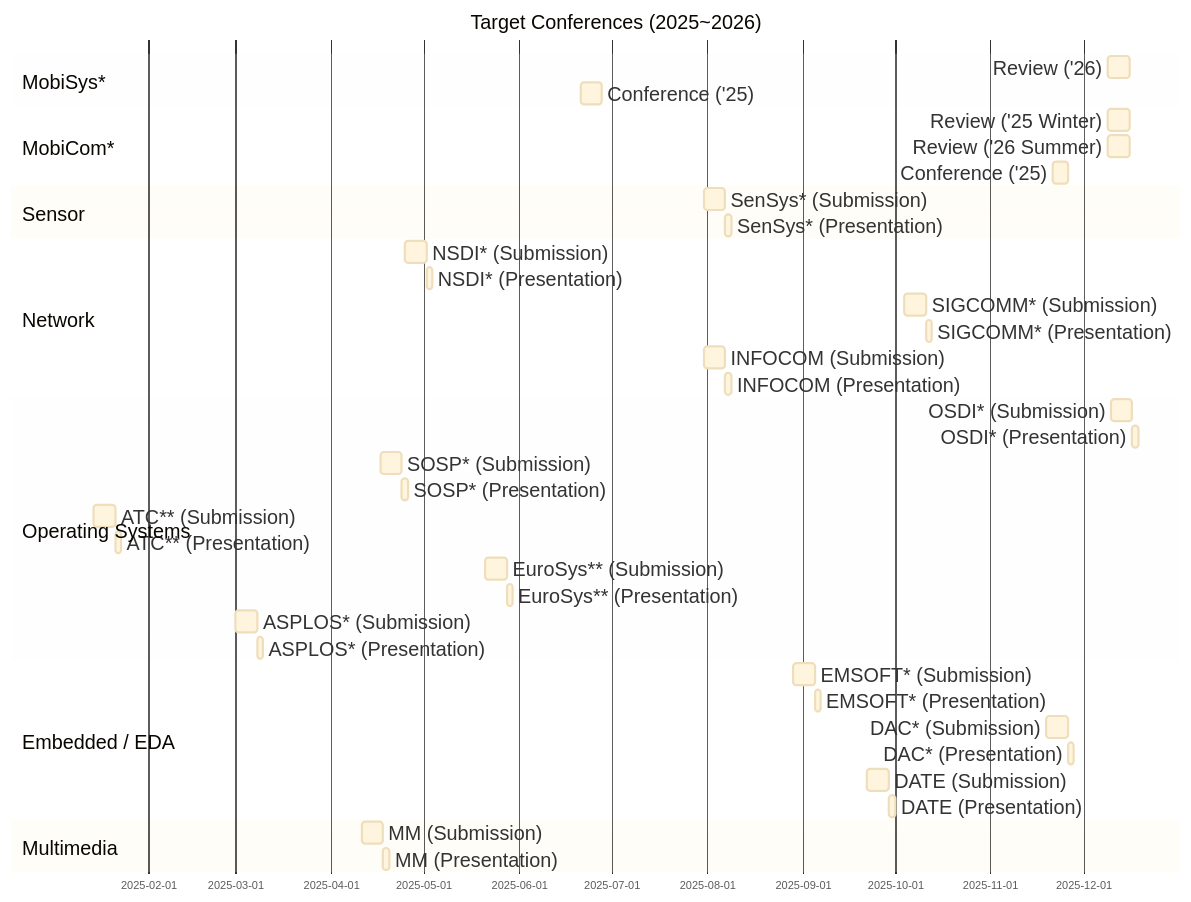
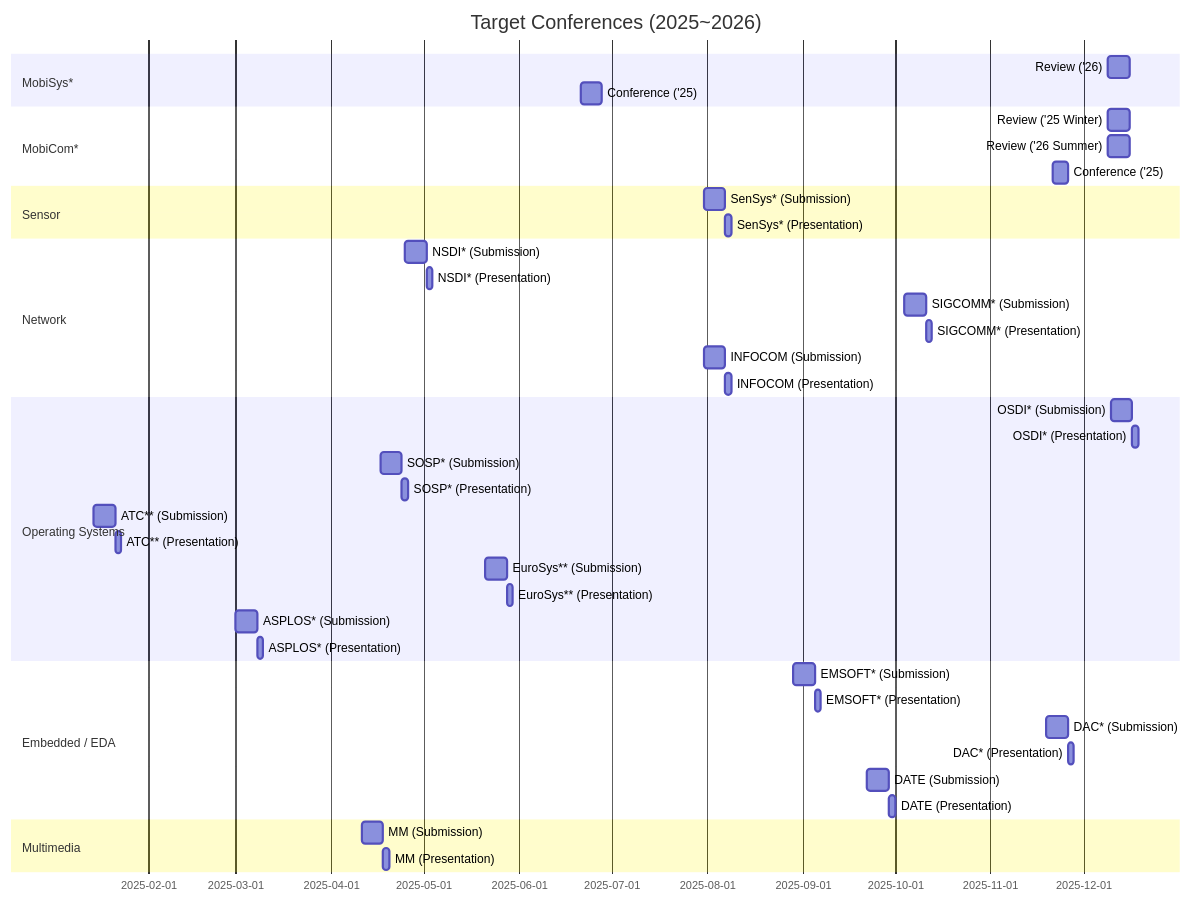
Before and after one commit to iamseonghoon/Mobile-Systems-Conference-Timelines: the diagram in README.md, drawn with Mermaid.

````diff
--- a/README.md
+++ b/README.md
@@ -5,80 +5,81 @@
 ```mermaid
 %%{init: {'theme': 'base',
 'themeVariables': {
       'fontSize': '18px',
-      'fontFamily': 'sans-serif',
+      'primaryTextColor': '#fff',
+      'primaryBorderColor': '#7C0000',
       'lineColor': '#F8B229',
-      'gridColor': '#eeeeee'},
+      'secondaryColor': '#006100',},
 "gantt": {
       "fontSize": 18,
       "sectionFontSize": 18,
       "axisFontSize": 20 
   }}}%%
 gantt
     dateFormat  YYYY-MM-DD
     title Target Conferences (2025~2026)
 
     %% --------------------------
     %% Mobile
     %% --------------------------
     section MobiSys*
     Review ('26)        :mobisys-review,    2025-12-09, 7d
     Conference ('25)      :mobisys-conf,    2025-06-21, 7d
     
 
     section MobiCom*
     Review ('25 Winter)       :mobicom-review1,    2025-12-09, 7d
     Review ('26 Summer)       :mobicom-review2,    2025-12-09, 7d
     Conference ('25)          :mobicom-conf,    2025-11-21, 5d
 
     %% --------------------------
     %% Sensor
     %% --------------------------
     section Sensor
     SenSys* (Submission)        :sens-sub,  2025-07-31, 7d
     SenSys* (Presentation)      :sens-pres, after sens-sub, 2d
 
     %% --------------------------
     %% Network
     %% --------------------------
     section Network
     NSDI* (Submission)          :nsdi-sub,  2025-04-25, 7d
     NSDI* (Presentation)        :nsdi-pres, after nsdi-sub, 2d
     SIGCOMM* (Submission)       :sig-sub,   2025-10-04, 7d
     SIGCOMM* (Presentation)     :sig-pres,  after sig-sub, 2d
     INFOCOM (Submission)        :info-sub,  2025-07-31, 7d
     INFOCOM (Presentation)      :info-pres, after info-sub, 2d
 
     %% --------------------------
     %% Operating Systems
     %% --------------------------
     section Operating Systems
     OSDI* (Submission)          :osdi-sub,  2025-12-10, 7d
     OSDI* (Presentation)        :osdi-pres, after osdi-sub, 2d
     SOSP* (Submission)          :sosp-sub,  2025-04-17, 7d
     SOSP* (Presentation)        :sosp-pres, after sosp-sub, 2d
     ATC** (Submission)          :atc-sub,   2025-01-14, 7d
     ATC** (Presentation)        :atc-pres,  after atc-sub, 2d
     EuroSys** (Submission)      :euros-sub, 2025-05-21, 7d
     EuroSys** (Presentation)    :euros-pres,after euros-sub, 2d
     ASPLOS* (Submission)        :aspl-sub,  2025-03-01, 7d
     ASPLOS* (Presentation)      :aspl-pres, after aspl-sub, 2d
 
     %% --------------------------
     %% Embedded / EDA
     %% --------------------------
     section Embedded / EDA
     EMSOFT* (Submission)        :ems-sub,   2025-08-29, 7d
     EMSOFT* (Presentation)      :ems-pres,  after ems-sub, 2d
     DAC* (Submission)           :dac-sub,   2025-11-19, 7d
     DAC* (Presentation)         :dac-pres,  after dac-sub, 2d
     DATE (Submission)           :date-sub,  2025-09-22, 7d
     DATE (Presentation)         :date-pres, after date-sub, 2d
 
     %% --------------------------
     %% Multimedia
     %% --------------------------
     section Multimedia
     MM (Submission)             :mm-sub,    2025-04-11, 7d
     MM (Presentation)           :mm-pres,   after mm-sub, 2d
 ```
````
